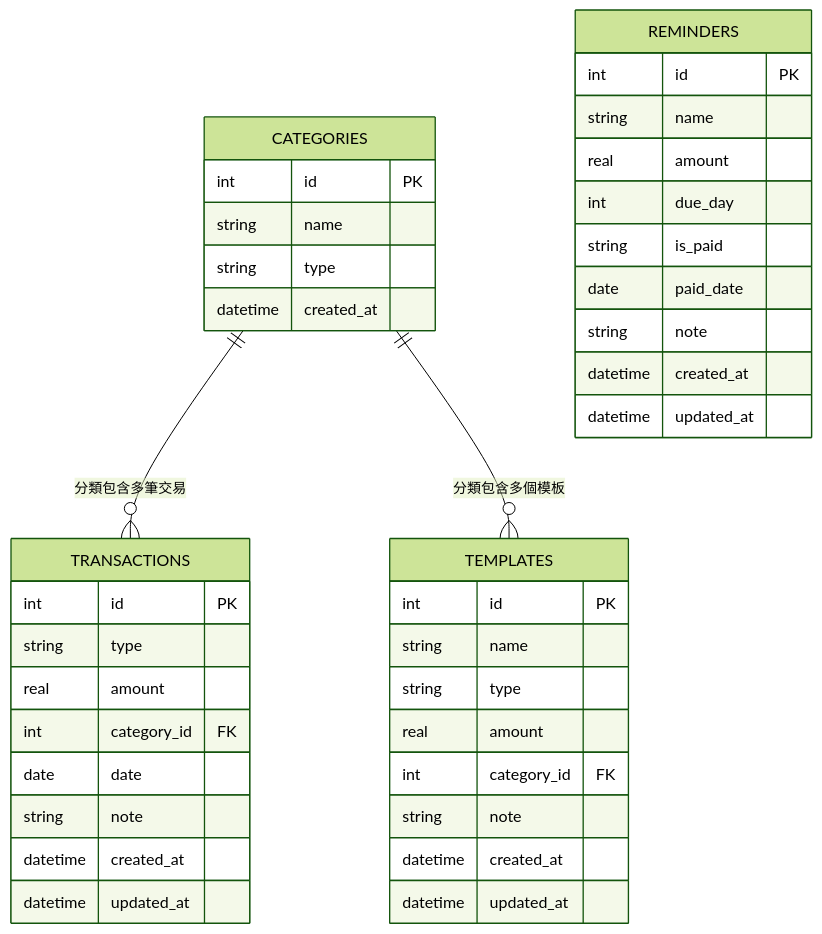
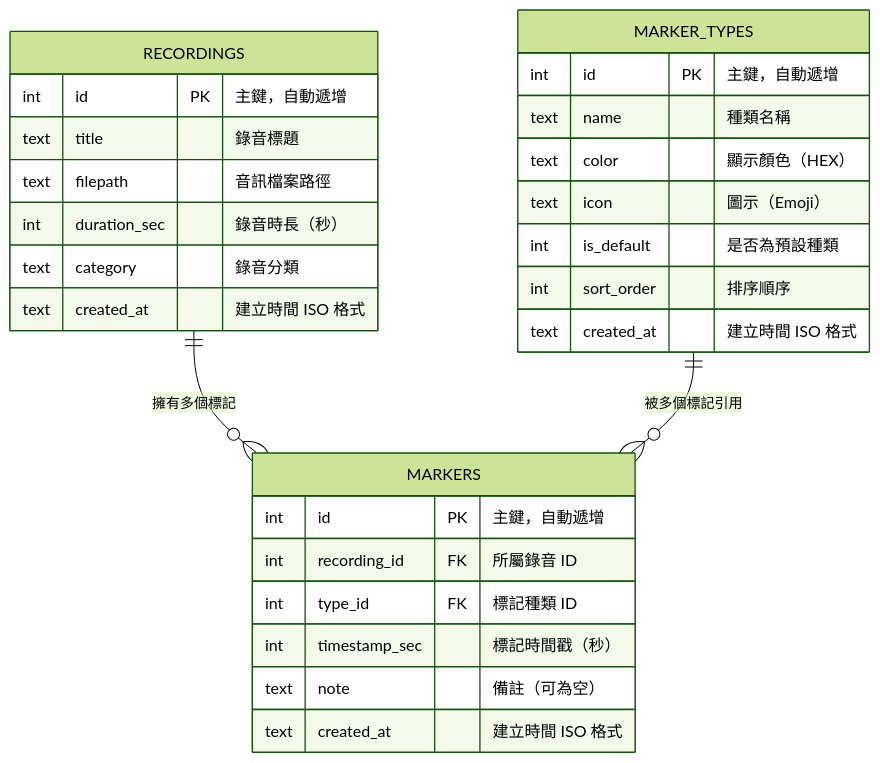
Before and after one commit to d1445196-colla/web_app: the diagram in docs/DB_DESIGN.md, drawn with Mermaid (forest theme). The commit also changed other lines of this file and 19 other files, not shown here.

Commit message:
feat: add all design docs, database schema, models, route skeletons and templates

````diff
--- a/docs/DB_DESIGN.md
+++ b/docs/DB_DESIGN.md
@@ -11,46 +11,33 @@
 ```mermaid
 erDiagram
-    CATEGORIES {
-        int id PK
-        string name
-        string type
-        datetime created_at
+    RECORDINGS ||--o{ MARKERS : "擁有多個標記"
+    MARKER_TYPES ||--o{ MARKERS : "被多個標記引用"
+
+    RECORDINGS {
+        int id PK "主鍵，自動遞增"
+        text title "錄音標題"
+        text filepath "音訊檔案路徑"
+        int duration_sec "錄音時長（秒）"
+        text category "錄音分類"
+        text created_at "建立時間 ISO 格式"
     }
 
-    TRANSACTIONS {
-        int id PK
-        string type
-        real amount
-        int category_id FK
-        date date
-        string note
-        datetime created_at
-        datetime updated_at
+    MARKERS {
+        int id PK "主鍵，自動遞增"
+        int recording_id FK "所屬錄音 ID"
+        int type_id FK "標記種類 ID"
+        int timestamp_sec "標記時間戳（秒）"
+        text note "備註（可為空）"
+        text created_at "建立時間 ISO 格式"
     }
 
-    REMINDERS {
-        int id PK
-        string name
-        real amount
-        int due_day
-        string is_paid
-        date paid_date
-        string note
-        datetime created_at
-        datetime updated_at
+    MARKER_TYPES {
+        int id PK "主鍵，自動遞增"
+        text name "種類名稱"
+        text color "顯示顏色（HEX）"
+        text icon "圖示（Emoji）"
+        int is_default "是否為預設種類"
+        int sort_order "排序順序"
+        text created_at "建立時間 ISO 格式"
     }
-
-    TEMPLATES {
-        int id PK
-        string name
-        string type
-        real amount
-        int category_id FK
-        string note
-        datetime created_at
-        datetime updated_at
-    }
-
-    CATEGORIES ||--o{ TRANSACTIONS : "分類包含多筆交易"
-    CATEGORIES ||--o{ TEMPLATES : "分類包含多個模板"
 ```
````
